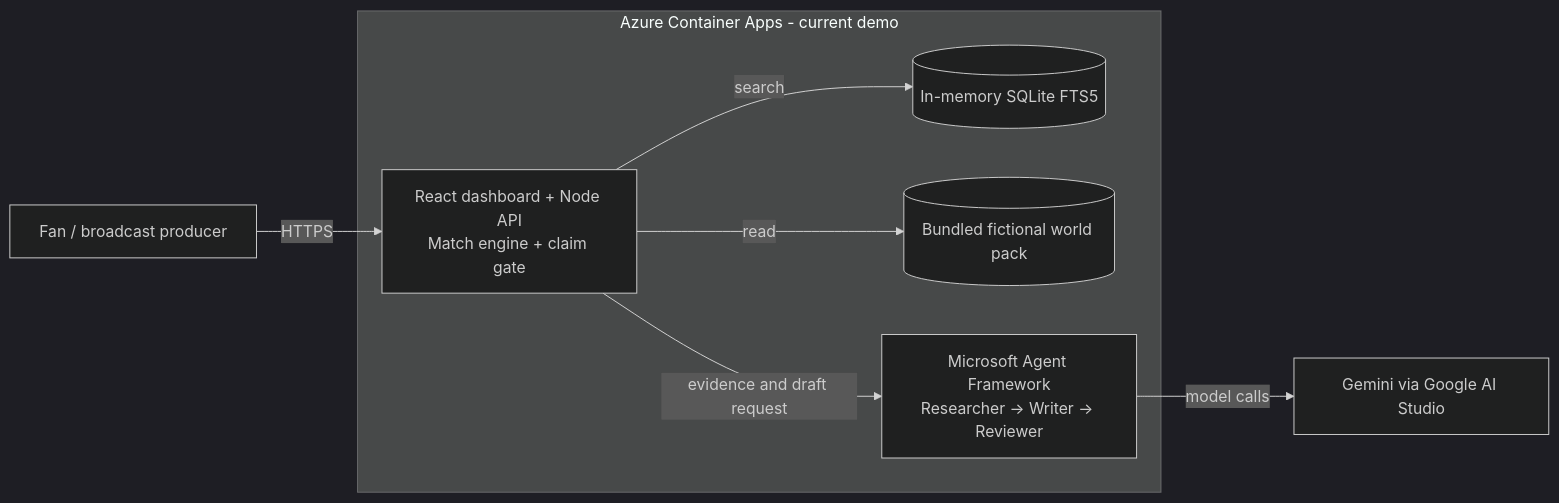
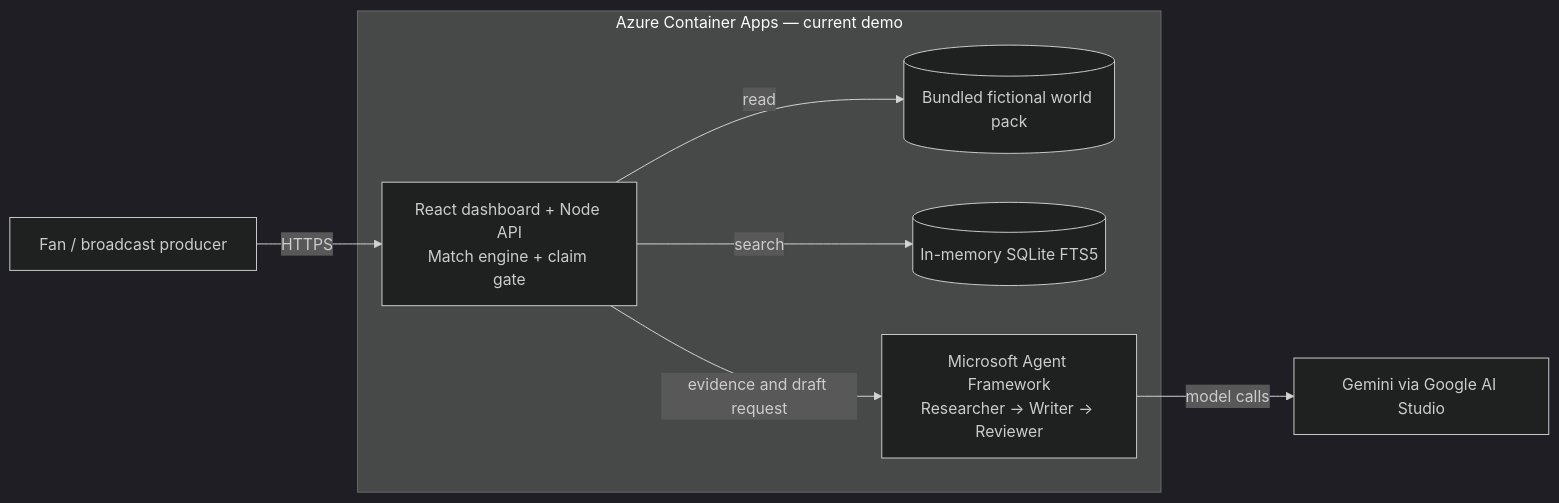
Before and after one commit to koooooh1/Standfolk-public: the first of 2 diagrams in README.md, drawn with Mermaid (dark theme). The commit also changed other lines of this file and 6 other files, not shown here.

````diff
--- a/README.md
+++ b/README.md
@@ -32,14 +53,14 @@
 ```mermaid
 flowchart LR
   USER[Fan / broadcast producer] -->|HTTPS| WEB
-  subgraph ACA[Azure Container Apps - current demo]
+  subgraph ACA[Azure Container Apps — current demo]
     WEB[React dashboard + Node API<br/>Match engine + claim gate]
+    PACK[(Bundled fictional world pack)]
     FTS[(In-memory SQLite FTS5)]
-    PACK[(Bundled fictional world pack)]
     AGENTS[Microsoft Agent Framework<br/>Researcher → Writer → Reviewer]
     WEB -->|read| PACK
     WEB -->|search| FTS
     WEB -->|evidence and draft request| AGENTS
   end
   AGENTS -->|model calls| MODEL[Gemini via Google AI Studio]
 ```
````
